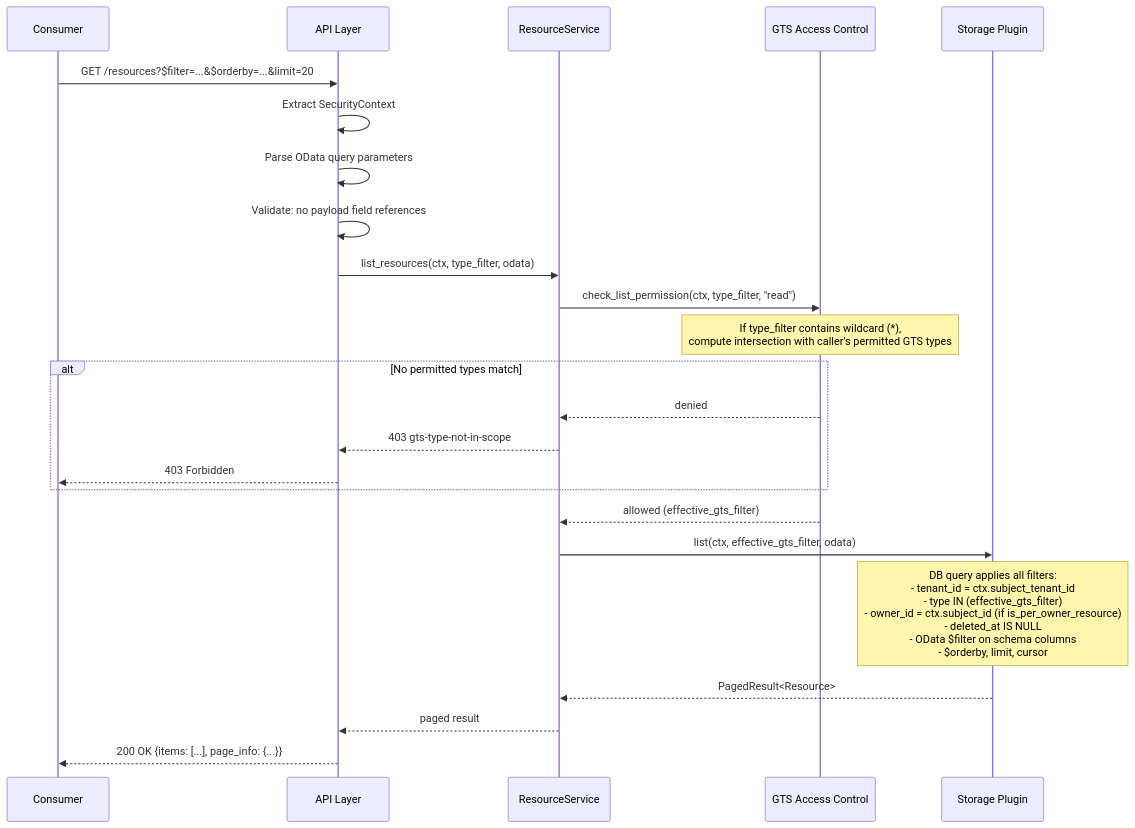
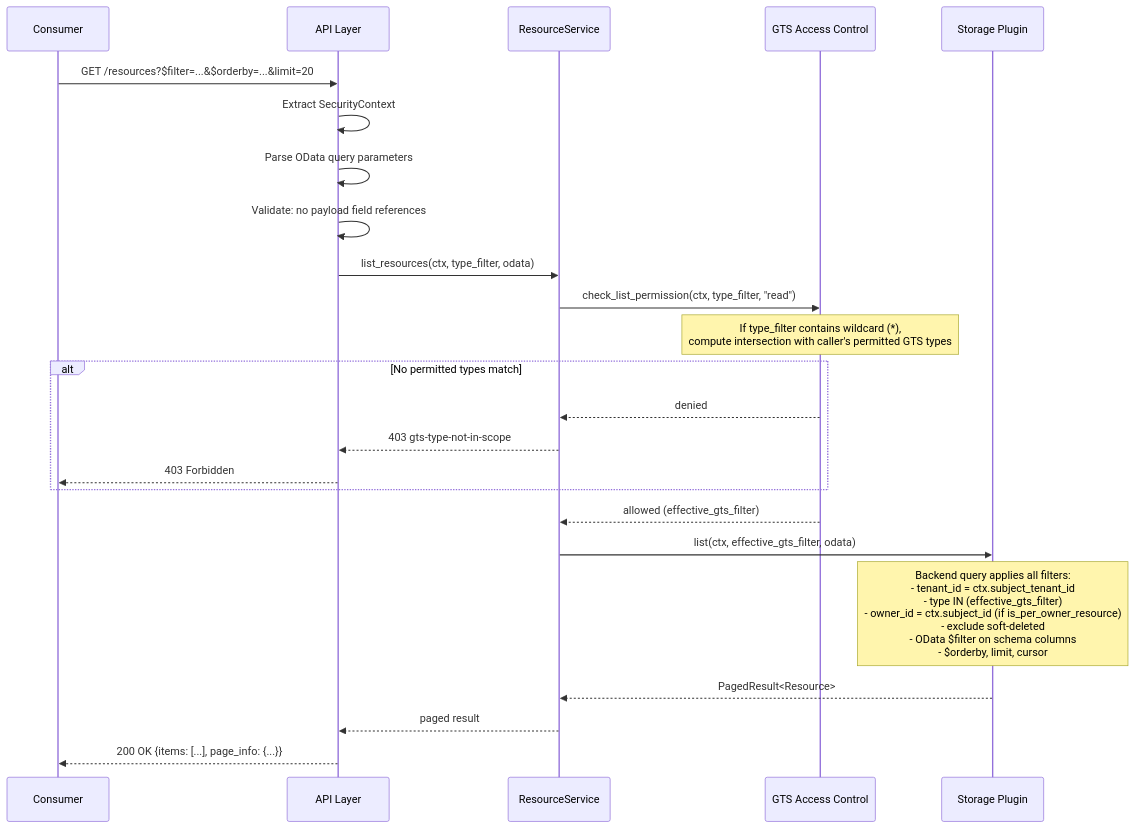
The fourth of 8 diagrams in modules/simple-resource-registry/docs/DESIGN.md (Artifizer/cyberfabric-core), drawn with Mermaid before and after one commit. The commit also changed other lines of this file and 5 other files, not shown here.

````diff
--- a/modules/simple-resource-registry/docs/DESIGN.md
+++ b/modules/simple-resource-registry/docs/DESIGN.md
@@ -1007,27 +1008,27 @@
 ```mermaid
 sequenceDiagram
     participant C as Consumer
     participant API as API Layer
     participant SVC as ResourceService
     participant ACL as GTS Access Control
     participant SP as Storage Plugin
 
     C->>API: GET /resources?$filter=...&$orderby=...&limit=20
     API->>API: Extract SecurityContext
     API->>API: Parse OData query parameters
     API->>API: Validate: no payload field references
     API->>SVC: list_resources(ctx, type_filter, odata)
     SVC->>ACL: check_list_permission(ctx, type_filter, "read")
     Note over ACL: If type_filter contains wildcard (*),<br/>compute intersection with caller's permitted GTS types
     alt No permitted types match
         ACL-->>SVC: denied
         SVC-->>API: 403 gts-type-not-in-scope
         API-->>C: 403 Forbidden
     end
     ACL-->>SVC: allowed (effective_gts_filter)
     SVC->>SP: list(ctx, effective_gts_filter, odata)
-    Note over SP: DB query applies all filters:<br/>- tenant_id = ctx.subject_tenant_id<br/>- type IN (effective_gts_filter)<br/>- owner_id = ctx.subject_id (if is_per_owner_resource)<br/>- deleted_at IS NULL<br/>- OData $filter on schema columns<br/>- $orderby, limit, cursor
+    Note over SP: Backend query applies all filters:<br/>- tenant_id = ctx.subject_tenant_id<br/>- type IN (effective_gts_filter)<br/>- owner_id = ctx.subject_id (if is_per_owner_resource)<br/>- exclude soft-deleted<br/>- OData $filter on schema columns<br/>- $orderby, limit, cursor
     SP-->>SVC: PagedResult<Resource>
     SVC-->>API: paged result
     API-->>C: 200 OK {items: [...], page_info: {...}}
 ```
````
